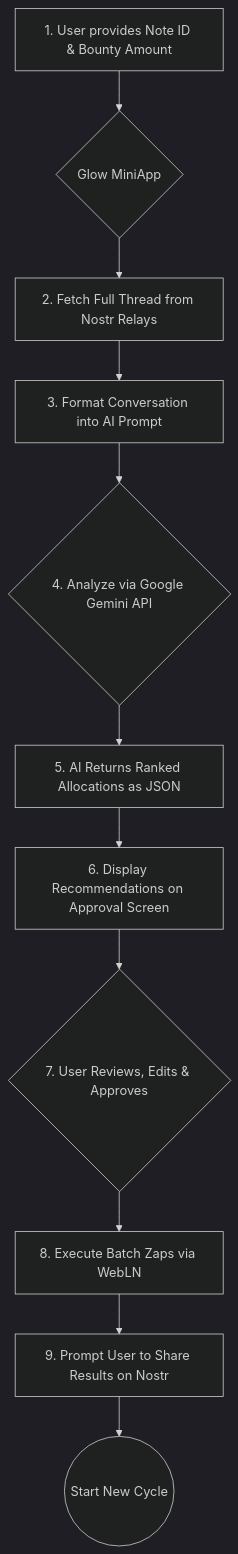
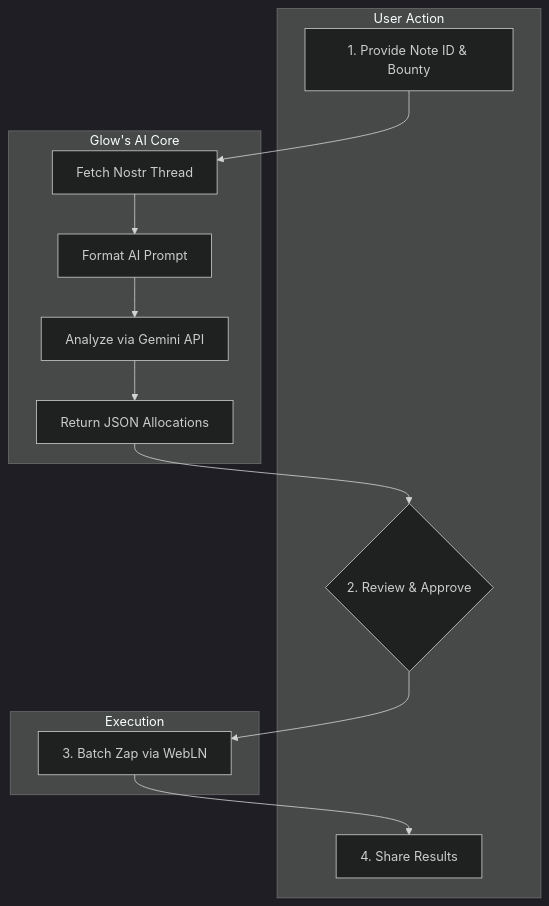
One commit to OkeyAmy/Glow_Sats-Allocator changed the diagram in README.md. Above: the diagram before and after it, drawn with Mermaid (dark theme). The commit also changed other lines of this file, not shown here.

````diff
--- a/README.md
+++ b/README.md
@@ -33,13 +47,21 @@
 ```mermaid
-graph TD
-    A[1. User provides Note ID & Bounty Amount] --> B{Glow MiniApp};
-    B --> C[2. Fetch Full Thread from Nostr Relays];
-    C --> D[3. Format Conversation into AI Prompt];
-    D --> E{4. Analyze via Google Gemini API};
-    E --> F[5. AI Returns Ranked Allocations as JSON];
-    F --> G[6. Display Recommendations on Approval Screen];
-    G --> H{7. User Reviews, Edits & Approves};
-    H --> I[8. Execute Batch Zaps via WebLN];
-    I --> J[9. Prompt User to Share Results on Nostr];
-    J --> K((Start New Cycle));
+graph TD;
+    subgraph "User Action"
+        A[1. Provide Note ID & Bounty];
+        H{2. Review & Approve};
+        J[4. Share Results];
+    end
+    subgraph "Glow's AI Core"
+        C[Fetch Nostr Thread];
+        D[Format AI Prompt];
+        E[Analyze via Gemini API];
+        F[Return JSON Allocations];
+    end
+    subgraph "Execution"
+        I[3. Batch Zap via WebLN];
+    end
+
+    A --> C --> D --> E --> F --> H;
+    H --> I;
+    I --> J;
 ```
````
